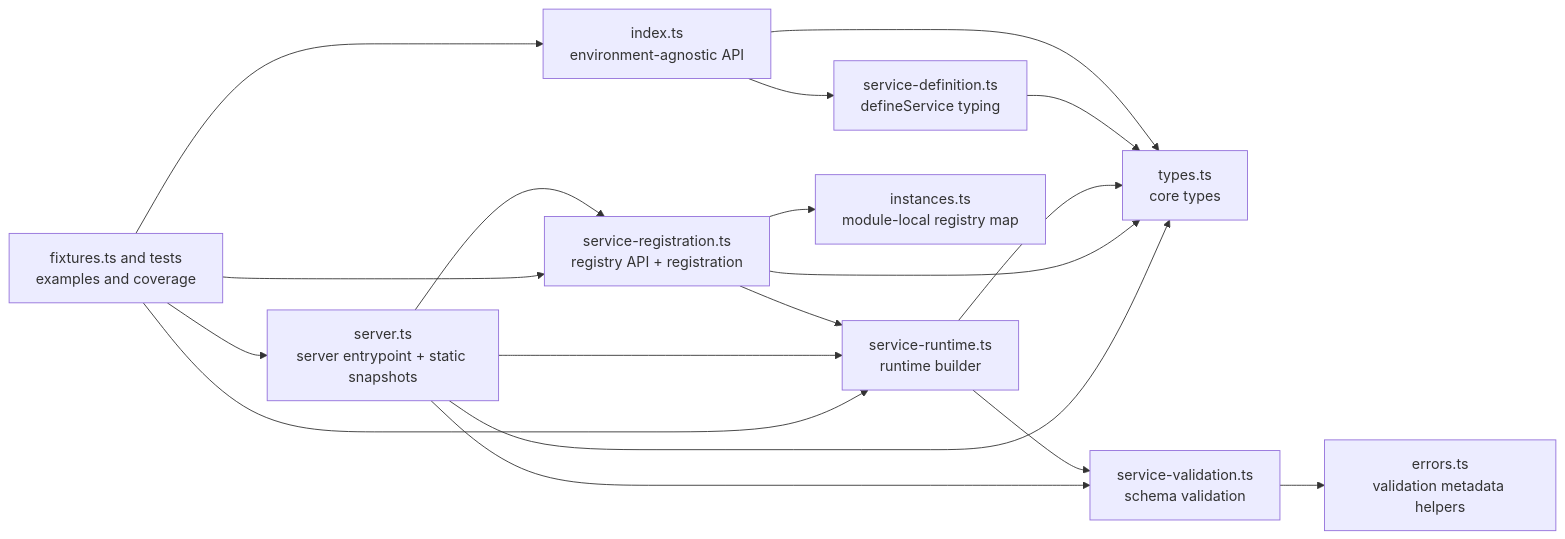
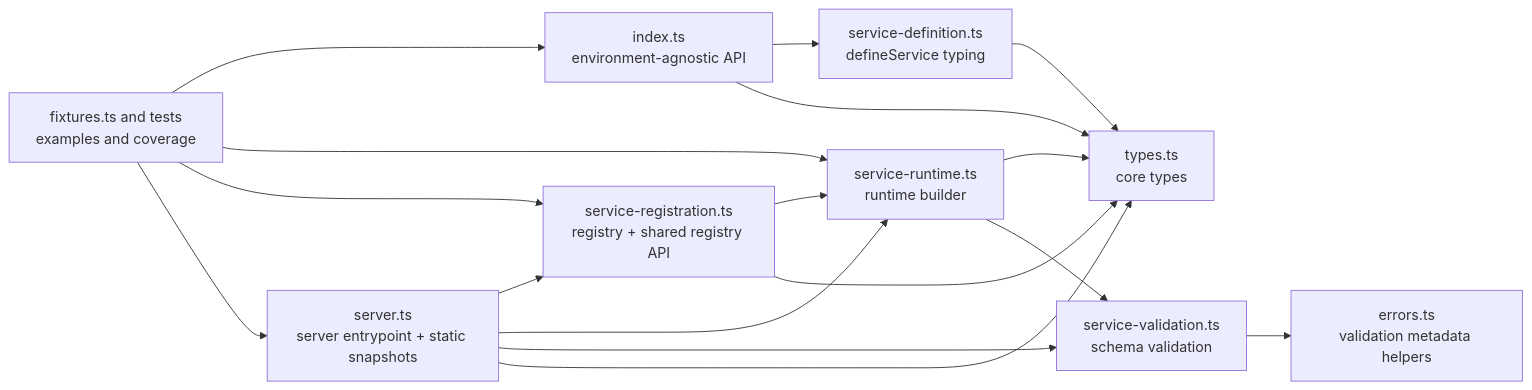
Before and after one commit to storybookjs/storybook: the first of 4 diagrams in code/core/src/shared/open-service/README.md, drawn with Mermaid. The commit also changed other lines of this file and 8 other files, not shown here.

First line of the commit message:
open-service: update logging levels and refactor service registration

````diff
--- a/code/core/src/shared/open-service/README.md
+++ b/code/core/src/shared/open-service/README.md
@@ -54,31 +53,29 @@
 ```mermaid
 flowchart LR
   A[index.ts\nenvironment-agnostic API]
   B[service-definition.ts\ndefineService typing]
   C[types.ts\ncore types]
   D[service-runtime.ts\nruntime builder]
   E[service-validation.ts\nschema validation]
   F[errors.ts\nvalidation metadata helpers]
-  G[service-registration.ts\nregistry API + registration]
-  J[instances.ts\nmodule-local registry map]
+  G[service-registration.ts\nregistry + shared registry API]
   H[server.ts\nserver entrypoint + static snapshots]
   I[fixtures.ts and tests\nexamples and coverage]
 
   A --> B
   A --> C
   B --> C
   D --> C
   D --> E
   E --> F
   G --> D
   G --> C
-  G --> J
   H --> G
   H --> D
   H --> E
   H --> C
   I --> A
   I --> D
   I --> G
   I --> H
 ```
````
